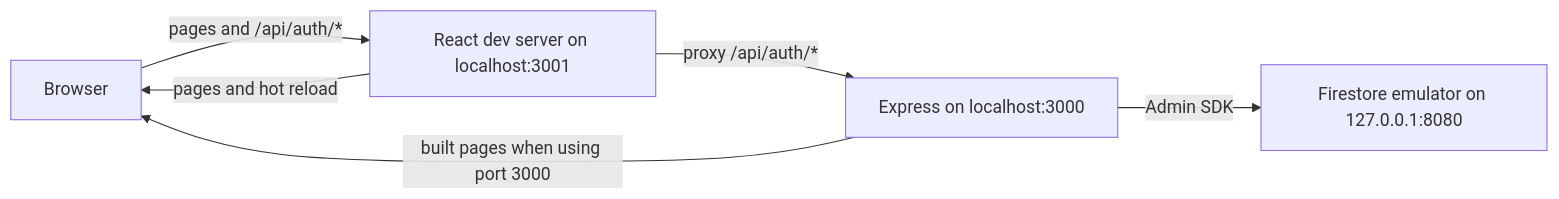
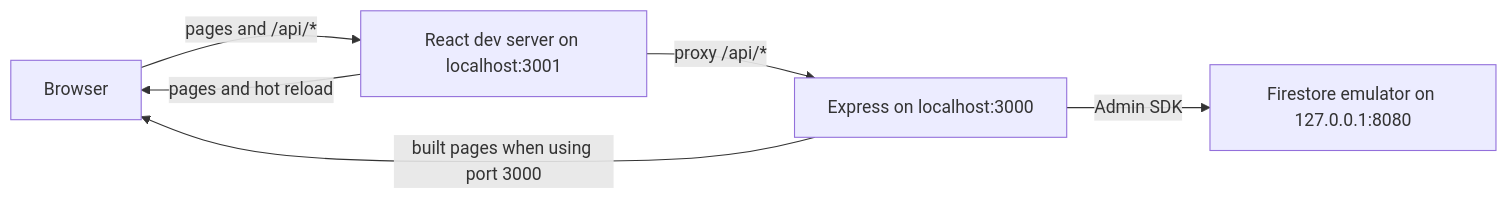
Before and after one commit to CS3227-2610-MP4-LibConnect/CS3227-2610-MP4: the first of 3 diagrams in docs/DeveloperGuide.md, drawn with Mermaid. The commit also changed other lines of this file, not shown here.

````diff
--- a/docs/DeveloperGuide.md
+++ b/docs/DeveloperGuide.md
@@ -7,8 +7,8 @@
 ```mermaid
 flowchart LR
-    Browser[Browser] -->|pages and /api/auth/*| React[React dev server on localhost:3001]
-    React -->|proxy /api/auth/*| Express[Express on localhost:3000]
+    Browser[Browser] -->|pages and /api/*| React[React dev server on localhost:3001]
+    React -->|proxy /api/*| Express[Express on localhost:3000]
     React -->|pages and hot reload| Browser
     Express -->|Admin SDK| Firestore[Firestore emulator on 127.0.0.1:8080]
     Express -->|built pages when using port 3000| Browser
 ```
````
